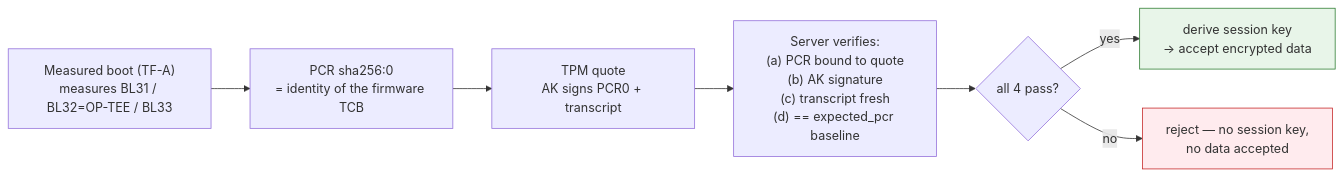
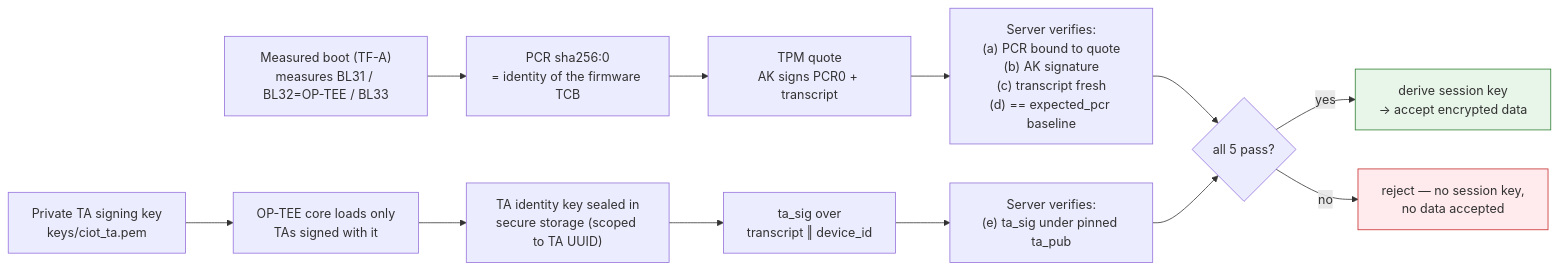
One commit to NatallieMirelashvili/ConfidentialComputing changed the ninth of 10 diagrams in docs/DESIGN.md. Above: the diagram before and after it, drawn with Mermaid. The commit also changed other lines of this file and 16 other files, not shown here.

````diff
--- a/docs/DESIGN.md
+++ b/docs/DESIGN.md
@@ -681,12 +705,17 @@
 ```mermaid
 flowchart LR
     MB["Measured boot (TF-A)<br/>measures BL31 / BL32=OP-TEE / BL33"] --> PCR["PCR sha256:0<br/>= identity of the firmware TCB"]
     PCR --> QUOTE["TPM quote<br/>AK signs PCR0 + transcript"]
     QUOTE --> VER["Server verifies:<br/>(a) PCR bound to quote<br/>(b) AK signature<br/>(c) transcript fresh<br/>(d) == expected_pcr baseline"]
-    VER --> GATE{"all 4 pass?"}
+    SIGN["Private TA signing key<br/>keys/ciot_ta.pem"] --> LOAD["OP-TEE core loads only<br/>TAs signed with it"]
+    LOAD --> SEAL["TA identity key sealed in<br/>secure storage (scoped to TA UUID)"]
+    SEAL --> TASIG["ta_sig over<br/>transcript ‖ device_id"]
+    TASIG --> VER2["Server verifies:<br/>(e) ta_sig under pinned ta_pub"]
+    VER --> GATE{"all 5 pass?"}
+    VER2 --> GATE
     GATE -- yes --> KEY["derive session key<br/>→ accept encrypted data"]
     GATE -- no --> REJECT["reject — no session key,<br/>no data accepted"]
 
     style KEY fill:#e8f5e9,stroke:#2e7d32
     style REJECT fill:#ffebee,stroke:#c62828
 ```
````
